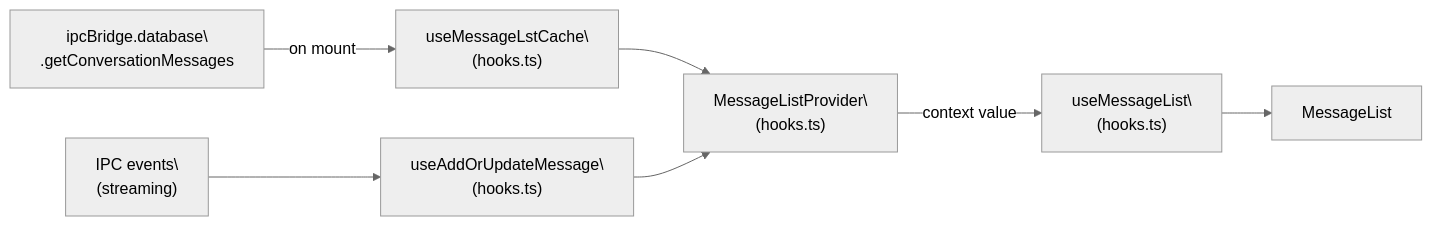
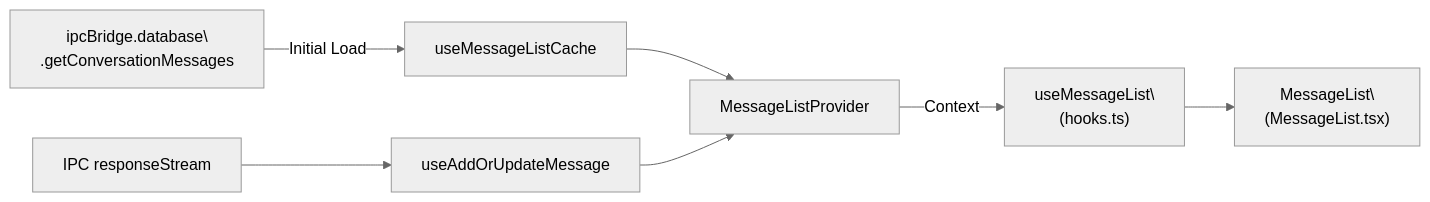
One commit to blackcater/zentree changed the third of 3 diagrams in docs/iOfficeAI_AionUi/user-interface/message-rendering-system.md. Above: the diagram before and after it, drawn with Mermaid (neutral theme). The commit also changed other lines of this file and 232 other files, not shown here.

````diff
--- a/docs/iOfficeAI_AionUi/user-interface/message-rendering-system.md
+++ b/docs/iOfficeAI_AionUi/user-interface/message-rendering-system.md
@@ -305,15 +200,12 @@
 ```mermaid
 flowchart LR
     DB["ipcBridge.database\
-.getConversationMessages"] -->|"on mount"| UMLC["useMessageLstCache\
+.getConversationMessages"] -->|"Initial Load"| UMLC["useMessageListCache"]
+    IPC["IPC responseStream"] --> UAOUM["useAddOrUpdateMessage"]
+    UMLC --> MLP["MessageListProvider"]
+    UAOUM --> MLP
+    MLP -->|"Context"| UML["useMessageList\
 (hooks.ts)"]
-    IPC["IPC events\
-(streaming)"] --> UAOUM["useAddOrUpdateMessage\
-(hooks.ts)"]
-    UMLC --> MLP["MessageListProvider\
-(hooks.ts)"]
-    UAOUM --> MLP
-    MLP -->|"context value"| UML["useMessageList\
-(hooks.ts)"]
-    UML --> ML["MessageList"]
+    UML --> ML["MessageList\
+(MessageList.tsx)"]
 ```
````
